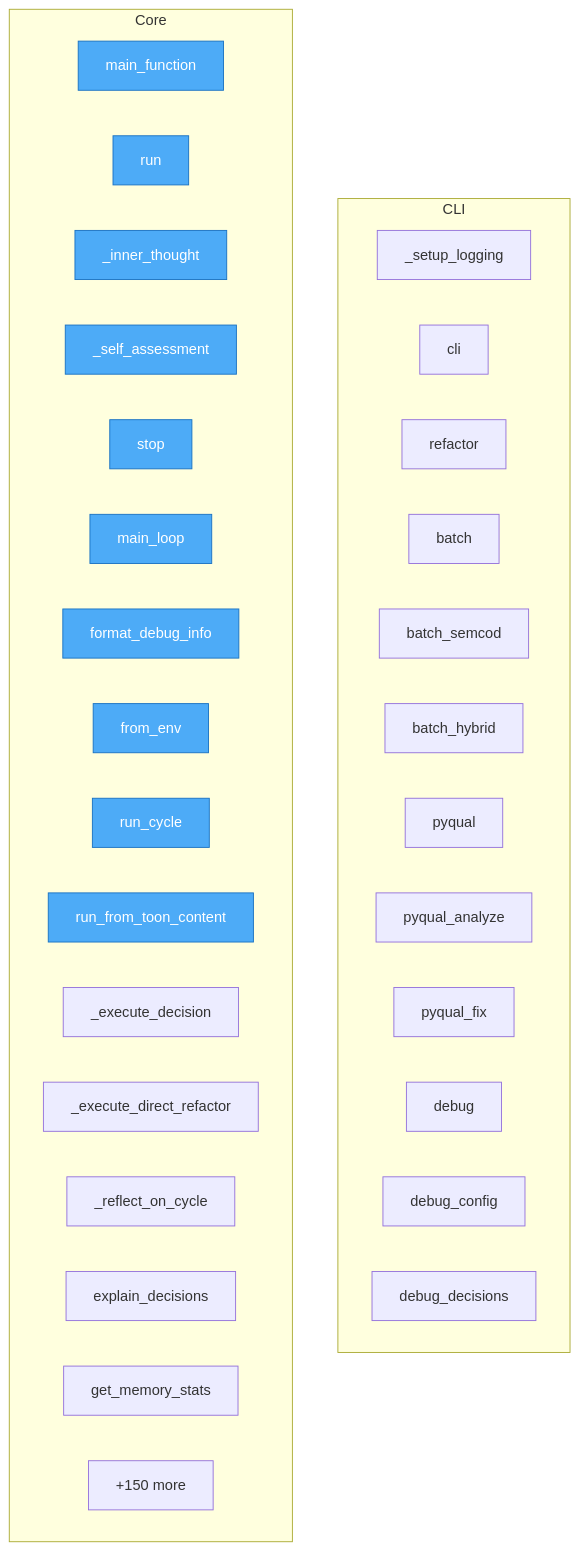
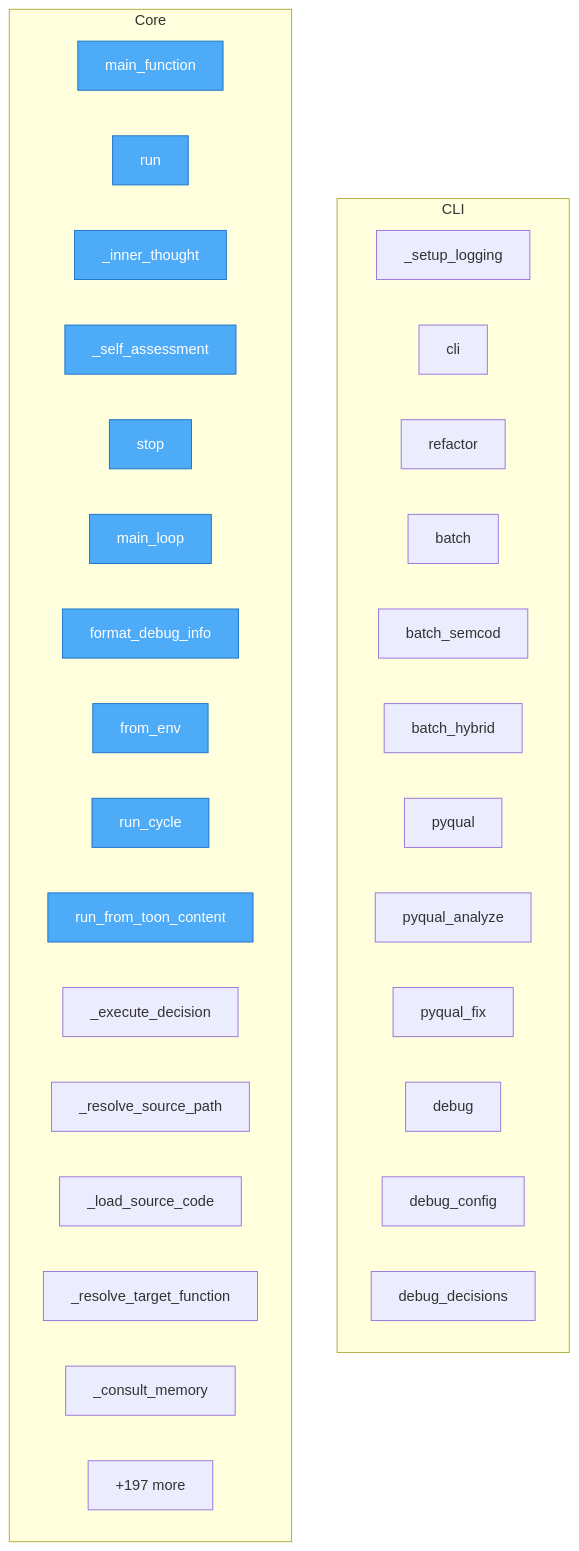
One commit to semcod/redsl changed the diagram in project/flow.mmd. Above: the diagram before and after it, drawn with Mermaid. The commit also changed 51 other files, not shown here.

```diff
--- a/project/flow.mmd
+++ b/project/flow.mmd
@@ -1,40 +1,40 @@
 flowchart TD
 
     %% Entry points (blue)
     classDef entry fill:#4dabf7,stroke:#1971c2,color:#fff
 
     subgraph CLI
         redsl__cli___setup_logging["_setup_logging"]
         redsl__cli__cli["cli"]
         redsl__cli__refactor["refactor"]
         redsl__cli__batch["batch"]
         redsl__cli__batch_semcod["batch_semcod"]
         redsl__cli__batch_hybrid["batch_hybrid"]
         redsl__cli__pyqual["pyqual"]
         redsl__cli__pyqual_analyze["pyqual_analyze"]
         redsl__cli__pyqual_fix["pyqual_fix"]
         redsl__cli__debug["debug"]
         redsl__cli__debug_config["debug_config"]
         redsl__cli__debug_decisions["debug_decisions"]
     end
 
     subgraph Core
         refactor_output__refactor_extract_functions_20260407_143102__00_app__models__main_function["main_function"]
         redsl__consciousness_loop__ConsciousnessLoop__run["run"]
         redsl__consciousness_loop__ConsciousnessLoop___inner_thought["_inner_thought"]
         redsl__consciousness_loop__ConsciousnessLoop___self_assessment["_self_assessment"]
         redsl__consciousness_loop__ConsciousnessLoop__stop["stop"]
         redsl__consciousness_loop__main_loop["main_loop"]
         redsl__formatters__format_debug_info["format_debug_info"]
         redsl__config__AgentConfig__from_env["from_env"]
         redsl__orchestrator__RefactorOrchestrator__run_cycle["run_cycle"]
         redsl__orchestrator__RefactorOrchestrator__run_from_toon_content["run_from_toon_content"]
         redsl__orchestrator__RefactorOrchestrator___execute_decision["_execute_decision"]
-        redsl__orchestrator__RefactorOrchestrator___execute_direct_refactor["_execute_direct_refactor"]
-        redsl__orchestrator__RefactorOrchestrator___reflect_on_cycle["_reflect_on_cycle"]
-        redsl__orchestrator__RefactorOrchestrator__explain_decisions["explain_decisions"]
-        redsl__orchestrator__RefactorOrchestrator__get_memory_stats["get_memory_stats"]
-        ...["+150 more"]
+        redsl__orchestrator__RefactorOrchestrator___resolve_source_path["_resolve_source_path"]
+        redsl__orchestrator__RefactorOrchestrator___load_source_code["_load_source_code"]
+        redsl__orchestrator__RefactorOrchestrator___resolve_target_function["_resolve_target_function"]
+        redsl__orchestrator__RefactorOrchestrator___consult_memory["_consult_memory"]
+        ...["+197 more"]
     end
 
     class refactor_output__refactor_extract_functions_20260407_143102__00_app__models__main_function,redsl__consciousness_loop__ConsciousnessLoop__run,redsl__consciousness_loop__ConsciousnessLoop___inner_thought,redsl__consciousness_loop__ConsciousnessLoop___self_assessment,redsl__consciousness_loop__ConsciousnessLoop__stop,redsl__consciousness_loop__main_loop,redsl__formatters__format_debug_info,redsl__config__AgentConfig__from_env,redsl__orchestrator__RefactorOrchestrator__run_cycle,redsl__orchestrator__RefactorOrchestrator__run_from_toon_content entry
```
